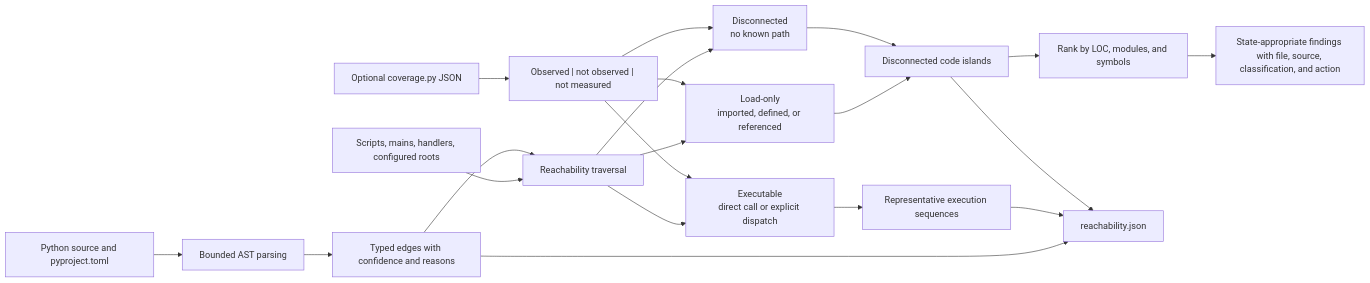
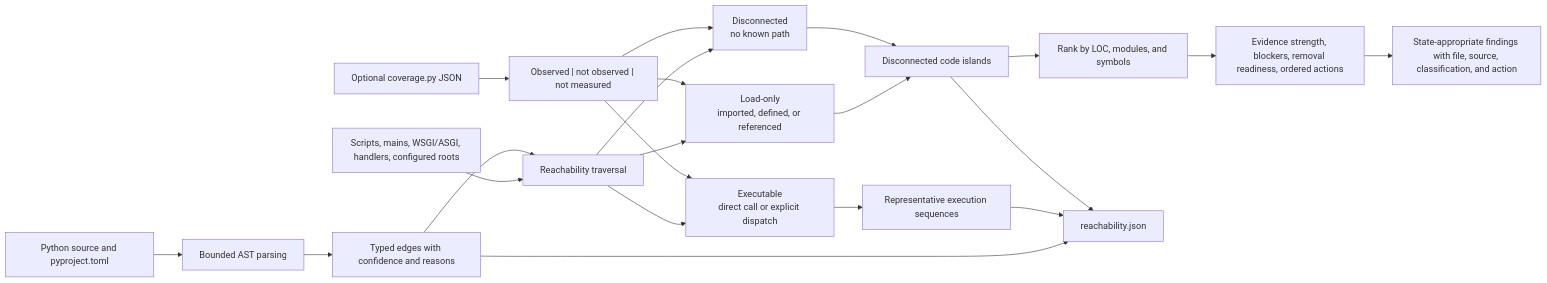
One commit to willtran87/project-py-security-suite changed the diagram in docs/reachability.md. Above: the diagram before and after it, drawn with Mermaid. The commit also changed other lines of this file and 6 other files, not shown here.

````diff
--- a/docs/reachability.md
+++ b/docs/reachability.md
@@ -31,22 +40,23 @@
 ```mermaid
 flowchart LR
     Sources["Python source and pyproject.toml"] --> Parse["Bounded AST parsing"]
     Parse --> Graph["Typed edges with confidence and reasons"]
-    Roots["Scripts, mains, handlers, configured roots"] --> Walk["Reachability traversal"]
+    Roots["Scripts, mains, WSGI/ASGI, handlers, configured roots"] --> Walk["Reachability traversal"]
     Graph --> Walk
     Walk --> Execute["Executable<br/>direct call or explicit dispatch"]
     Walk --> Load["Load-only<br/>imported, defined, or referenced"]
     Walk --> Disconnected["Disconnected<br/>no known path"]
     Execute --> Paths["Representative execution sequences"]
     Load --> Islands["Load-only review candidates"]
     Disconnected --> Islands["Disconnected code islands"]
     Coverage["Optional coverage.py JSON"] --> Observe["Observed | not observed | not measured"]
     Observe --> Execute
     Observe --> Load
     Observe --> Disconnected
     Islands --> Rank["Rank by LOC, modules, and symbols"]
-    Rank --> Findings["State-appropriate findings with file, source, classification, and action"]
+    Rank --> Triage["Evidence strength, blockers, removal readiness, ordered actions"]
+    Triage --> Findings["State-appropriate findings with file, source, classification, and action"]
     Graph --> Artifact["reachability.json"]
     Paths --> Artifact
     Islands --> Artifact
 ```
````
